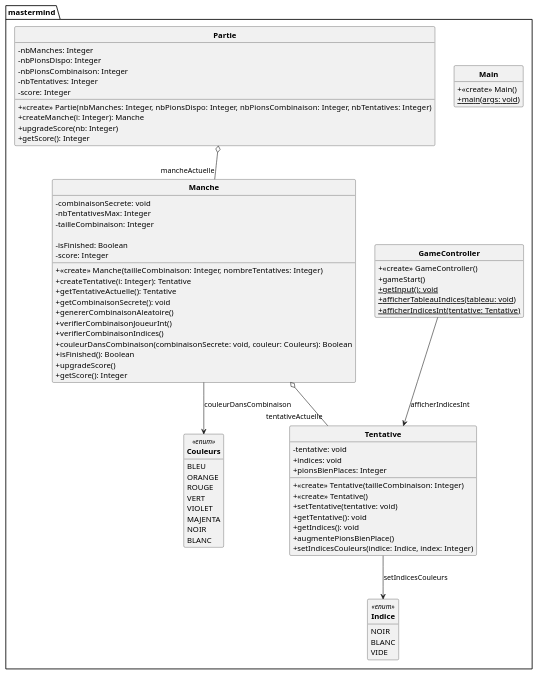
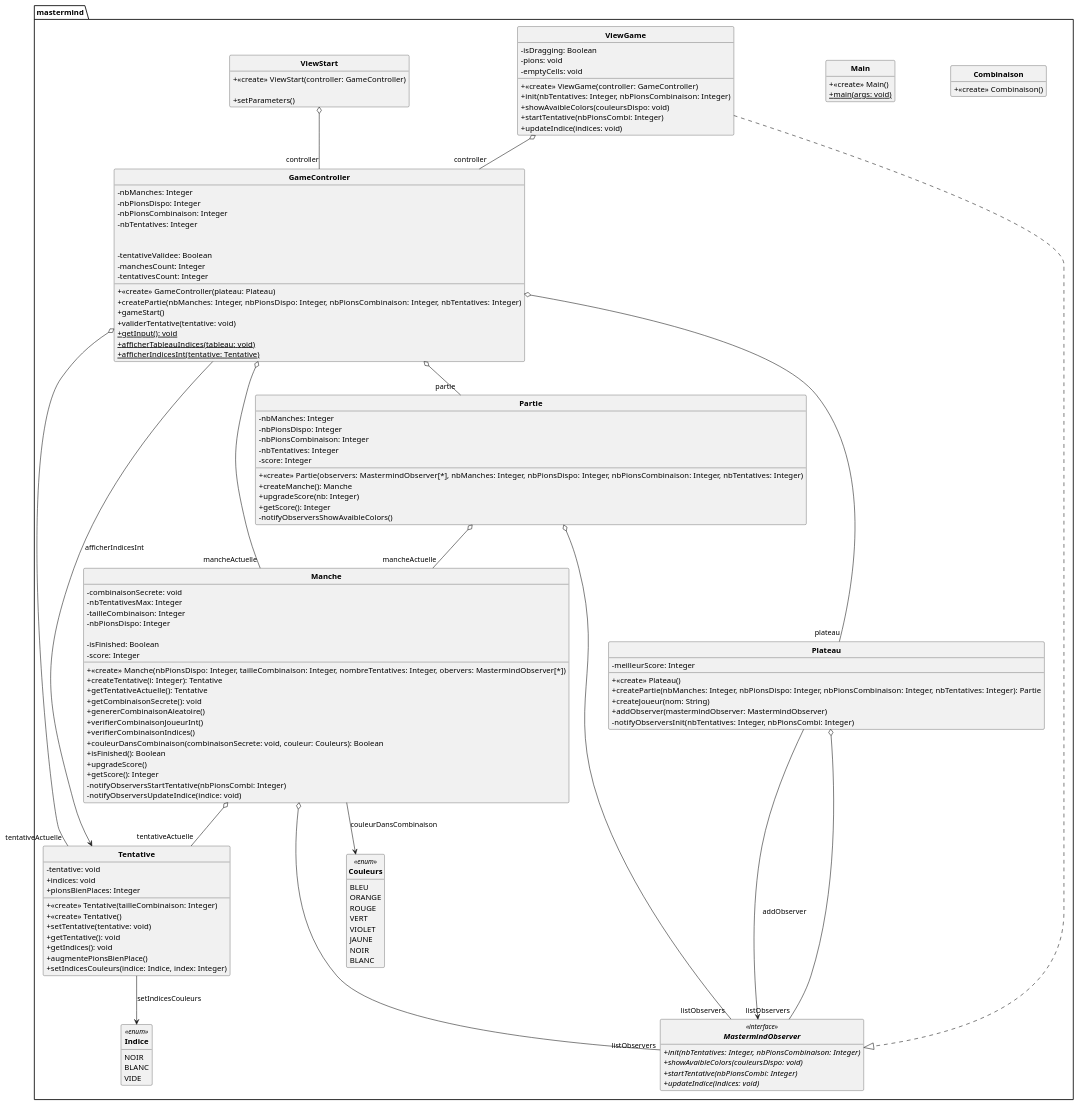
The diagram in ProjetMastermind/UML/DCC_Mastermind.puml (eliottlebot/mastermind), drawn with PlantUML before and after one commit.

Commit message:
Sylvain: uml

```diff
--- a/ProjetMastermind/UML/DCC_Mastermind.puml
+++ b/ProjetMastermind/UML/DCC_Mastermind.puml
@@ -1,105 +1,193 @@
 @startuml
 'https://plantuml.com/class-diagram
 skinparam style strictuml
 skinparam classAttributeIconSize 0
 skinparam classFontStyle Bold
 hide empty members
 
+Class mastermind.Combinaison{
++ <<create>> Combinaison()
+
+}
+
+
+
 Enum mastermind.Couleurs<<enum>> {
 BLEU
 ORANGE
 ROUGE
 VERT
 VIOLET
-MAJENTA
+JAUNE
 NOIR
 BLANC
 
 }
 Class mastermind.GameController{
-+ <<create>> GameController()
++ <<create>> GameController(plateau: Plateau)
+
+
+- nbManches: Integer
+- nbPionsDispo: Integer
+- nbPionsCombinaison: Integer
+- nbTentatives: Integer
+
+
+- tentativeValidee: Boolean
+- manchesCount: Integer
+- tentativesCount: Integer
++ createPartie(nbManches: Integer, nbPionsDispo: Integer, nbPionsCombinaison: Integer, nbTentatives: Integer)
 + gameStart()
++ validerTentative(tentative: void)
 {static} + getInput(): void
 {static} + afficherTableauIndices(tableau: void)
 {static} + afficherIndicesInt(tentative: Tentative)
 
 }
 
+mastermind.GameController o-- "plateau"mastermind.Plateau
+mastermind.GameController o-- "partie"mastermind.Partie
+mastermind.GameController o-- "mancheActuelle"mastermind.Manche
+mastermind.GameController o-- "tentativeActuelle"mastermind.Tentative
 mastermind.GameController --> mastermind.Tentative: afficherIndicesInt
 
 
 Enum mastermind.Indice<<enum>> {
 NOIR
 BLANC
 VIDE
 
 }
 Class mastermind.Main{
 + <<create>> Main()
 {static} + main(args: void)
 
 }
 
 
 
 Class mastermind.Manche{
-+ <<create>> Manche(tailleCombinaison: Integer, nombreTentatives: Integer)
++ <<create>> Manche(nbPionsDispo: Integer, tailleCombinaison: Integer, nombreTentatives: Integer, obervers: MastermindObserver[*])
 - combinaisonSecrete: void
 - nbTentativesMax: Integer
 - tailleCombinaison: Integer
+- nbPionsDispo: Integer
 
 - isFinished: Boolean
 - score: Integer
+
 + createTentative(i: Integer): Tentative
 + getTentativeActuelle(): Tentative
 + getCombinaisonSecrete(): void
 + genererCombinaisonAleatoire()
 + verifierCombinaisonJoueurInt()
 + verifierCombinaisonIndices()
 + couleurDansCombinaison(combinaisonSecrete: void, couleur: Couleurs): Boolean
 + isFinished(): Boolean
 + upgradeScore()
 + getScore(): Integer
+- notifyObserversStartTentative(nbPionsCombi: Integer)
+- notifyObserversUpdateIndice(indice: void)
 
 }
 
 mastermind.Manche o-- "tentativeActuelle"mastermind.Tentative
+mastermind.Manche o--- "listObservers"mastermind.MastermindObserver
 mastermind.Manche --> mastermind.Couleurs: couleurDansCombinaison
 
 
+Interface mastermind.MastermindObserver<<interface>> {
+{abstract} + init(nbTentatives: Integer, nbPionsCombinaison: Integer)
+{abstract} + showAvaibleColors(couleursDispo: void)
+{abstract} + startTentative(nbPionsCombi: Integer)
+{abstract} + updateIndice(indices: void)
+
+}
+
 Class mastermind.Partie{
-+ <<create>> Partie(nbManches: Integer, nbPionsDispo: Integer, nbPionsCombinaison: Integer, nbTentatives: Integer)
++ <<create>> Partie(observers: MastermindObserver[*], nbManches: Integer, nbPionsDispo: Integer, nbPionsCombinaison: Integer, nbTentatives: Integer)
 - nbManches: Integer
 - nbPionsDispo: Integer
 - nbPionsCombinaison: Integer
 - nbTentatives: Integer
 - score: Integer
 
-+ createManche(i: Integer): Manche
+
++ createManche(): Manche
 + upgradeScore(nb: Integer)
 + getScore(): Integer
+- notifyObserversShowAvaibleColors()
 
 }
 
 mastermind.Partie o-- "mancheActuelle"mastermind.Manche
+mastermind.Partie o--- "listObservers"mastermind.MastermindObserver
+
+
+Class mastermind.Plateau{
++ <<create>> Plateau()
+
+- meilleurScore: Integer
+
++ createPartie(nbManches: Integer, nbPionsDispo: Integer, nbPionsCombinaison: Integer, nbTentatives: Integer): Partie
++ createJoueur(nom: String)
++ addObserver(mastermindObserver: MastermindObserver)
+- notifyObserversInit(nbTentatives: Integer, nbPionsCombi: Integer)
+
+}
+
+mastermind.Plateau o--- "listObservers"mastermind.MastermindObserver
+mastermind.Plateau --> mastermind.MastermindObserver: addObserver
 
 
 Class mastermind.Tentative{
 + <<create>> Tentative(tailleCombinaison: Integer)
 + <<create>> Tentative()
 - tentative: void
 + indices: void
 + pionsBienPlaces: Integer
 + setTentative(tentative: void)
 + getTentative(): void
 + getIndices(): void
 + augmentePionsBienPlace()
 + setIndicesCouleurs(indice: Indice, index: Integer)
 
 }
 
 mastermind.Tentative --> mastermind.Indice: setIndicesCouleurs
 
 
+Class mastermind.ViewGame{
++ <<create>> ViewGame(controller: GameController)
+
+
+
+
+
+
+- isDragging: Boolean
+- pions: void
+- emptyCells: void
++ init(nbTentatives: Integer, nbPionsCombinaison: Integer)
++ showAvaibleColors(couleursDispo: void)
++ startTentative(nbPionsCombi: Integer)
++ updateIndice(indices: void)
+
+}
+mastermind.ViewGame ..|> mastermind.MastermindObserver
+
+mastermind.ViewGame o-- "controller"mastermind.GameController
+
+
+Class mastermind.ViewStart{
++ <<create>> ViewStart(controller: GameController)
+
++ setParameters()
+
+}
+
+mastermind.ViewStart o-- "controller"mastermind.GameController
+
+
 
 @enduml
```
